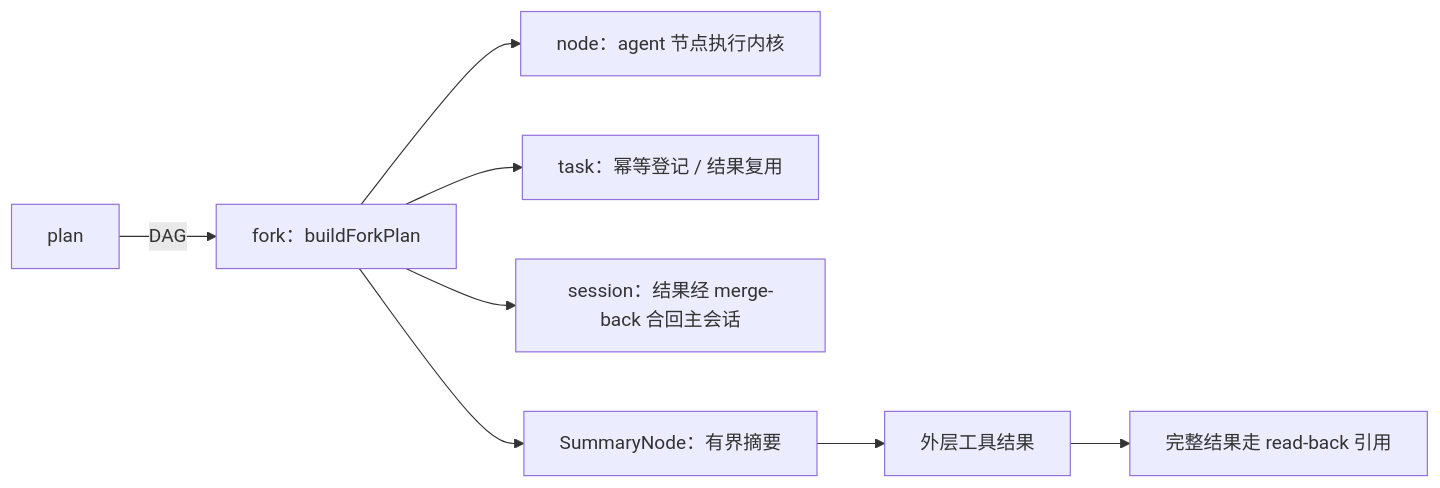
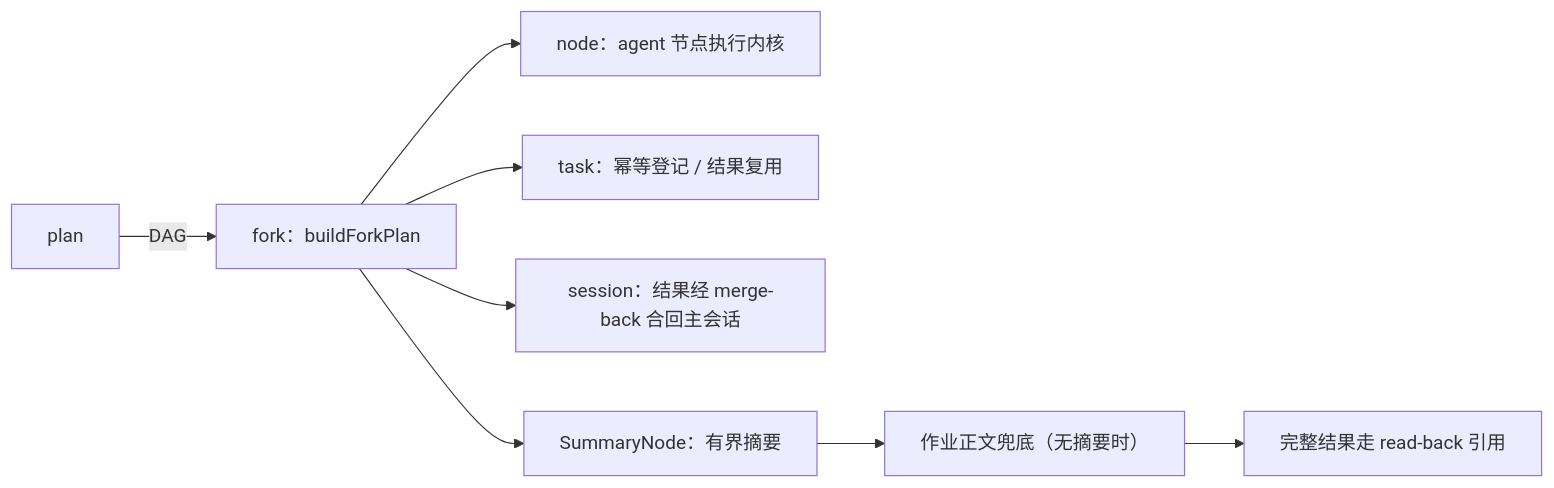
Before and after one commit to RedHuang-0622/seelex: the first of 2 diagrams in seelebridge/fork/README.md, drawn with Mermaid. The commit also changed other lines of this file and 25 other files, not shown here.

````diff
--- a/seelebridge/fork/README.md
+++ b/seelebridge/fork/README.md
@@ -20,10 +20,10 @@
 ```mermaid
 flowchart LR
     PLAN["plan"] -->|DAG| FORK["fork：buildForkPlan"]
     FORK --> NODE["node：agent 节点执行内核"]
     FORK --> TASK["task：幂等登记 / 结果复用"]
     FORK --> SESSION["session：结果经 merge-back 合回主会话"]
     FORK --> SUMMARY["SummaryNode：有界摘要"]
-    SUMMARY --> OUTER["外层工具结果"]
+    SUMMARY --> OUTER["作业正文兜底（无摘要时）"]
     OUTER --> BACK["完整结果走 read-back 引用"]
 ```
````
